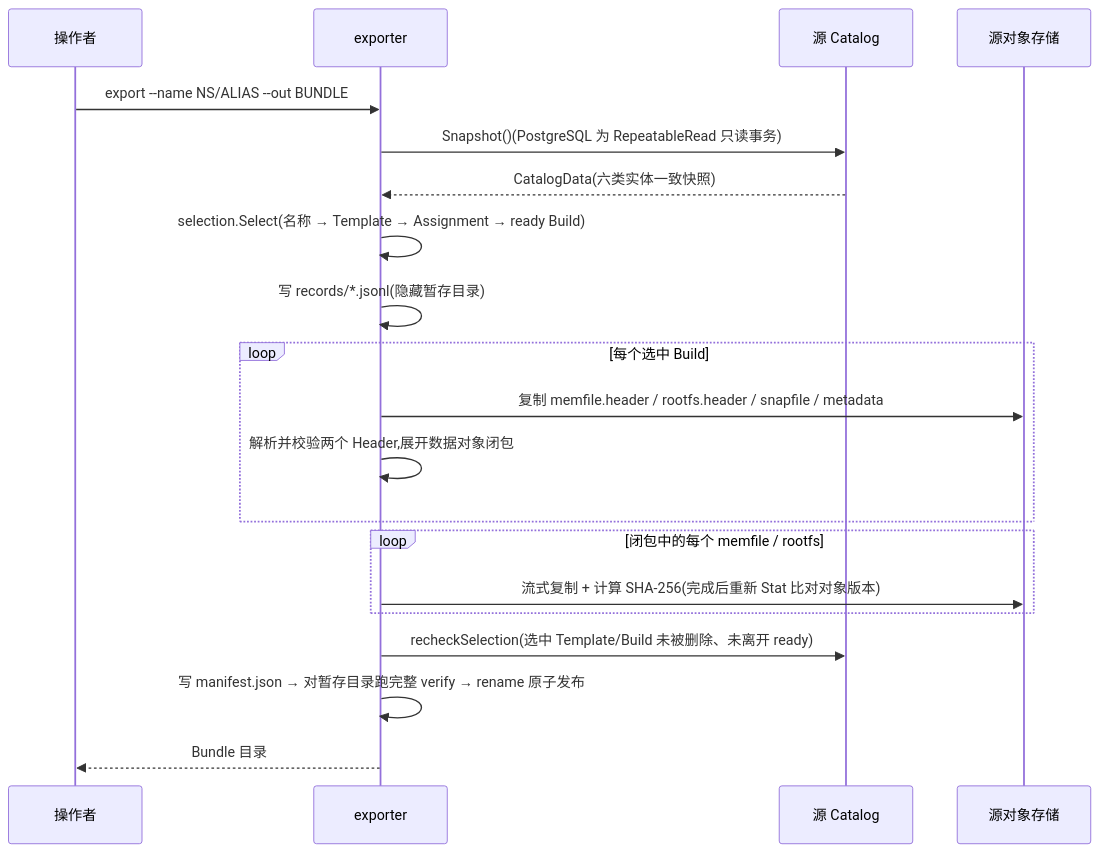
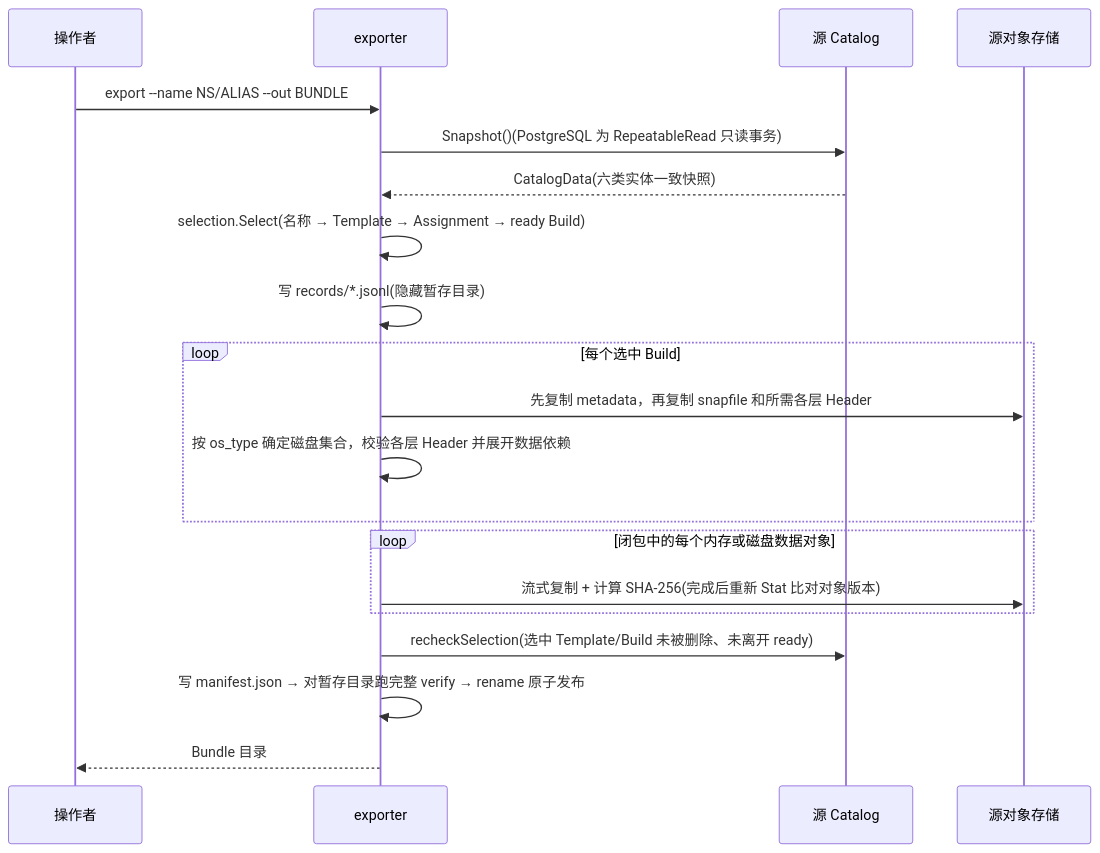
The second of 3 diagrams in migrate-tool/design.md (openeuler-mirror/KASandbox), drawn with Mermaid before and after one commit. The commit also changed other lines of this file and 36 other files, not shown here.

````diff
--- a/migrate-tool/design.md
+++ b/migrate-tool/design.md
@@ -160,22 +200,22 @@
 ```mermaid
 sequenceDiagram
     participant U as 操作者
     participant E as exporter
     participant C as 源 Catalog
     participant S as 源对象存储
     U->>E: export --name NS/ALIAS --out BUNDLE
     E->>C: Snapshot()(PostgreSQL 为 RepeatableRead 只读事务)
     C-->>E: CatalogData(六类实体一致快照)
     E->>E: selection.Select(名称 → Template → Assignment → ready Build)
     E->>E: 写 records/*.jsonl(隐藏暂存目录)
     loop 每个选中 Build
-        E->>S: 复制 memfile.header / rootfs.header / snapfile / metadata
-        E->>E: 解析并校验两个 Header,展开数据对象闭包
+        E->>S: 先复制 metadata，再复制 snapfile 和所需各层 Header
+        E->>E: 按 os_type 确定磁盘集合，校验各层 Header 并展开数据依赖
     end
-    loop 闭包中的每个 memfile / rootfs
+    loop 闭包中的每个内存或磁盘数据对象
         E->>S: 流式复制 + 计算 SHA-256(完成后重新 Stat 比对对象版本)
     end
     E->>C: recheckSelection(选中 Template/Build 未被删除、未离开 ready)
     E->>E: 写 manifest.json → 对暂存目录跑完整 verify → rename 原子发布
     E-->>U: Bundle 目录
 ```
````
